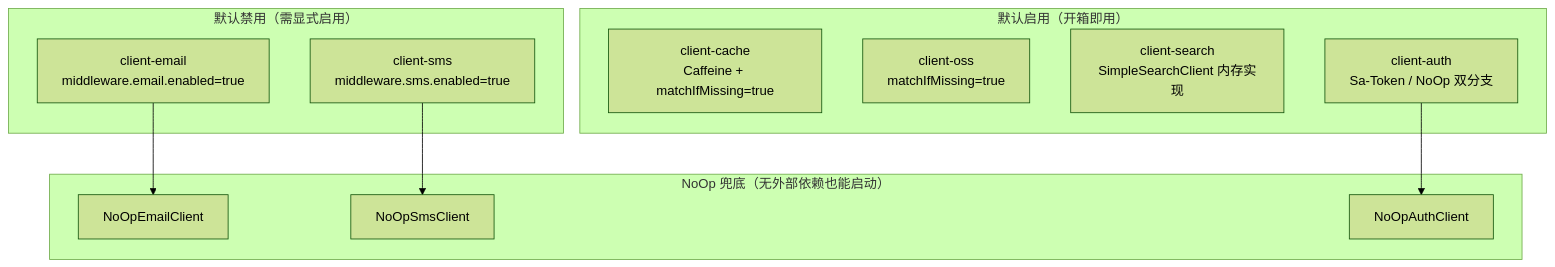
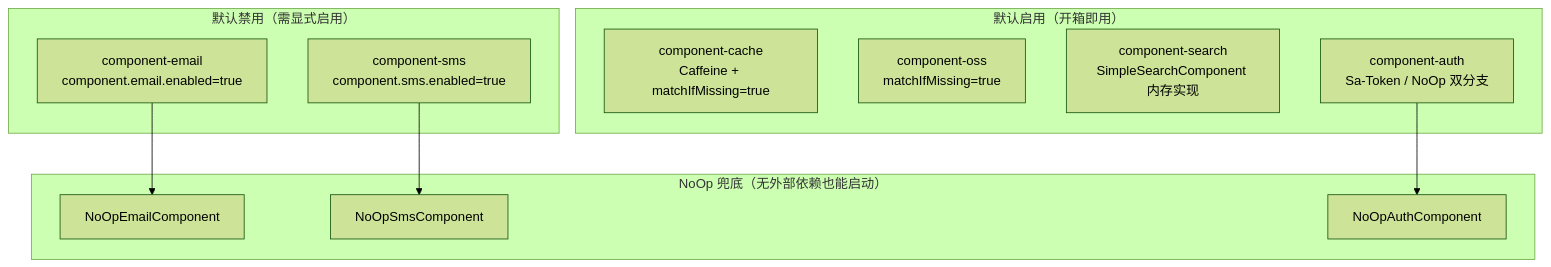
Before and after one commit to LeoNardo-LB/web-quick-start-light: the second of 2 diagrams in docs/architecture/design-patterns.md, drawn with Mermaid (forest theme). The commit also changed other lines of this file and 28 other files, not shown here.

First line of the commit message:
docs: 完成文档重命名 client-* → component-* 及引用更新

````diff
--- a/docs/architecture/design-patterns.md
+++ b/docs/architecture/design-patterns.md
@@ -131,24 +131,24 @@
 ```mermaid
 graph TD
     subgraph "默认启用（开箱即用）"
-        CACHE["client-cache<br/>Caffeine + matchIfMissing=true"]
-        OSS["client-oss<br/>matchIfMissing=true"]
-        SEARCH["client-search<br/>SimpleSearchClient 内存实现"]
-        AUTH["client-auth<br/>Sa-Token / NoOp 双分支"]
+        CACHE["component-cache<br/>Caffeine + matchIfMissing=true"]
+        OSS["component-oss<br/>matchIfMissing=true"]
+        SEARCH["component-search<br/>SimpleSearchComponent 内存实现"]
+        AUTH["component-auth<br/>Sa-Token / NoOp 双分支"]
     end
 
     subgraph "默认禁用（需显式启用）"
-        EMAIL["client-email<br/>middleware.email.enabled=true"]
-        SMS["client-sms<br/>middleware.sms.enabled=true"]
+        EMAIL["component-email<br/>component.email.enabled=true"]
+        SMS["component-sms<br/>component.sms.enabled=true"]
     end
 
     subgraph "NoOp 兜底（无外部依赖也能启动）"
-        EMAIL_NOOP["NoOpEmailClient"]
-        SMS_NOOP["NoOpSmsClient"]
-        AUTH_NOOP["NoOpAuthClient"]
+        EMAIL_NOOP["NoOpEmailComponent"]
+        SMS_NOOP["NoOpSmsComponent"]
+        AUTH_NOOP["NoOpAuthComponent"]
     end
 
     EMAIL --> EMAIL_NOOP
     SMS --> SMS_NOOP
     AUTH --> AUTH_NOOP
 ```
````
